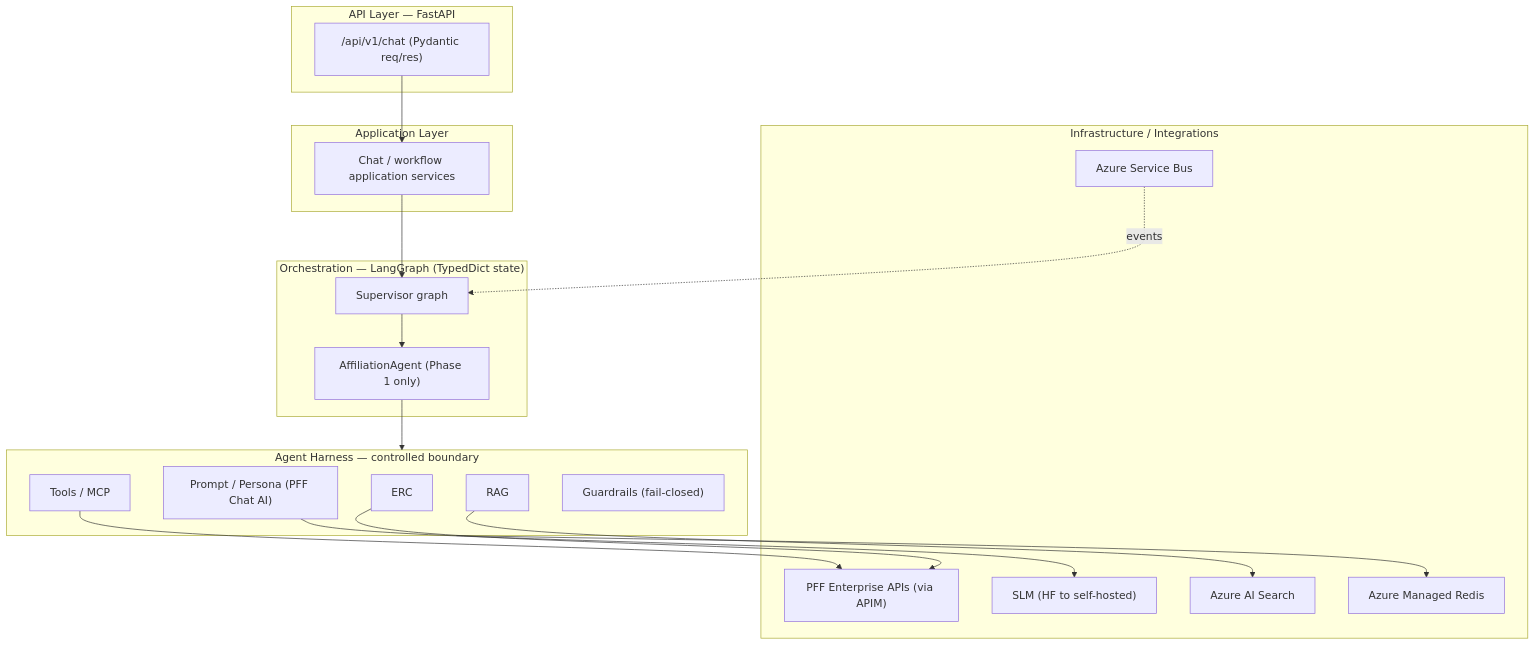
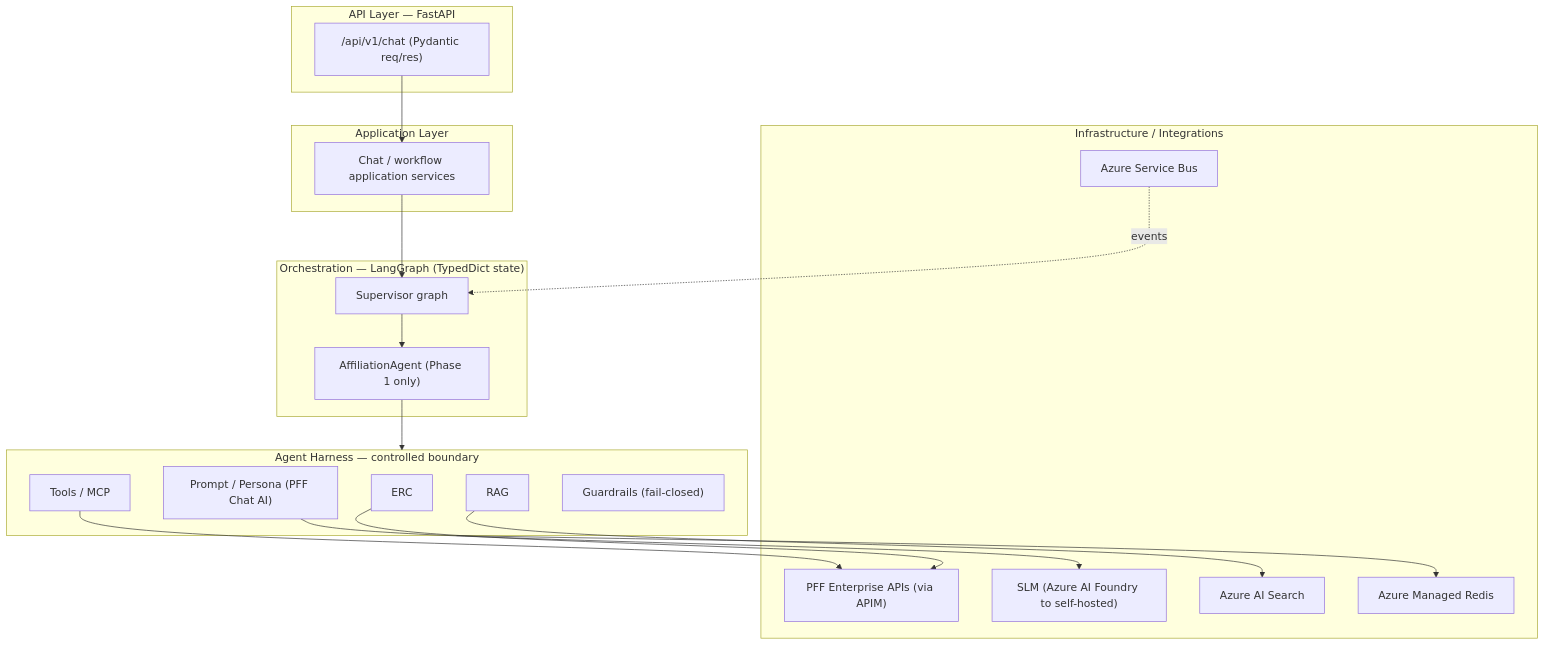
Before and after one commit to gobimca87/PF-FT: the second of 3 diagrams in docs/architecture/sad/PFF-AI-SAD.md, drawn with Mermaid. The commit also changed other lines of this file and 19 other files, not shown here.

````diff
--- a/docs/architecture/sad/PFF-AI-SAD.md
+++ b/docs/architecture/sad/PFF-AI-SAD.md
@@ -479,35 +482,35 @@
 ```mermaid
 flowchart TB
     subgraph API["API Layer — FastAPI"]
         CHAT["/api/v1/chat (Pydantic req/res)"]
     end
     subgraph APP["Application Layer"]
         APPSVC["Chat / workflow application services"]
     end
     subgraph ORCH["Orchestration — LangGraph (TypedDict state)"]
         SUP["Supervisor graph"]
         AFF["AffiliationAgent (Phase 1 only)"]
     end
     subgraph HARNESS["Agent Harness — controlled boundary"]
         ERCC["ERC"]
         PROMPT["Prompt / Persona (PFF Chat AI)"]
         RAGC["RAG"]
         TOOLS["Tools / MCP"]
         GUARD["Guardrails (fail-closed)"]
     end
     subgraph INFRA["Infrastructure / Integrations"]
         PFFAPI["PFF Enterprise APIs (via APIM)"]
         SBUS["Azure Service Bus"]
-        SLM["SLM (HF to self-hosted)"]
+        SLM["SLM (Azure AI Foundry to self-hosted)"]
         SRCH["Azure AI Search"]
         REDIS["Azure Managed Redis"]
     end
 
     CHAT --> APPSVC --> SUP --> AFF --> HARNESS
     ERCC --> PFFAPI
     TOOLS --> PFFAPI
     RAGC --> SRCH
     PROMPT --> SLM
     HARNESS --> REDIS
     SBUS -. events .-> SUP
 ```
````
